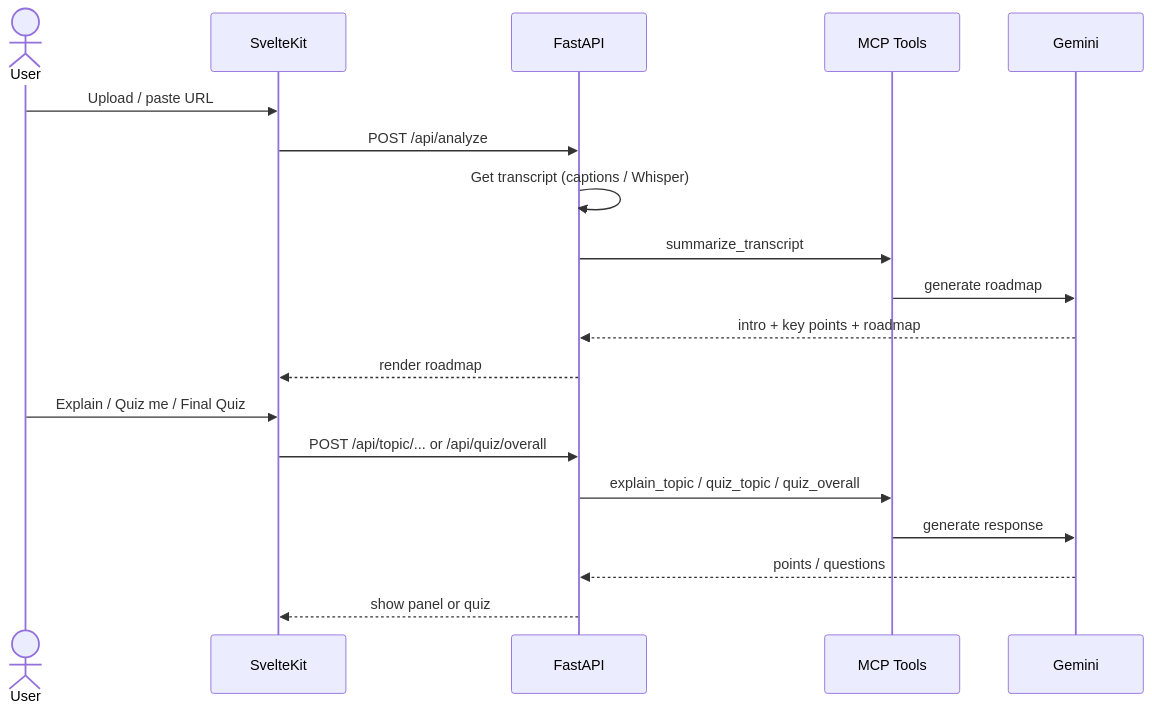
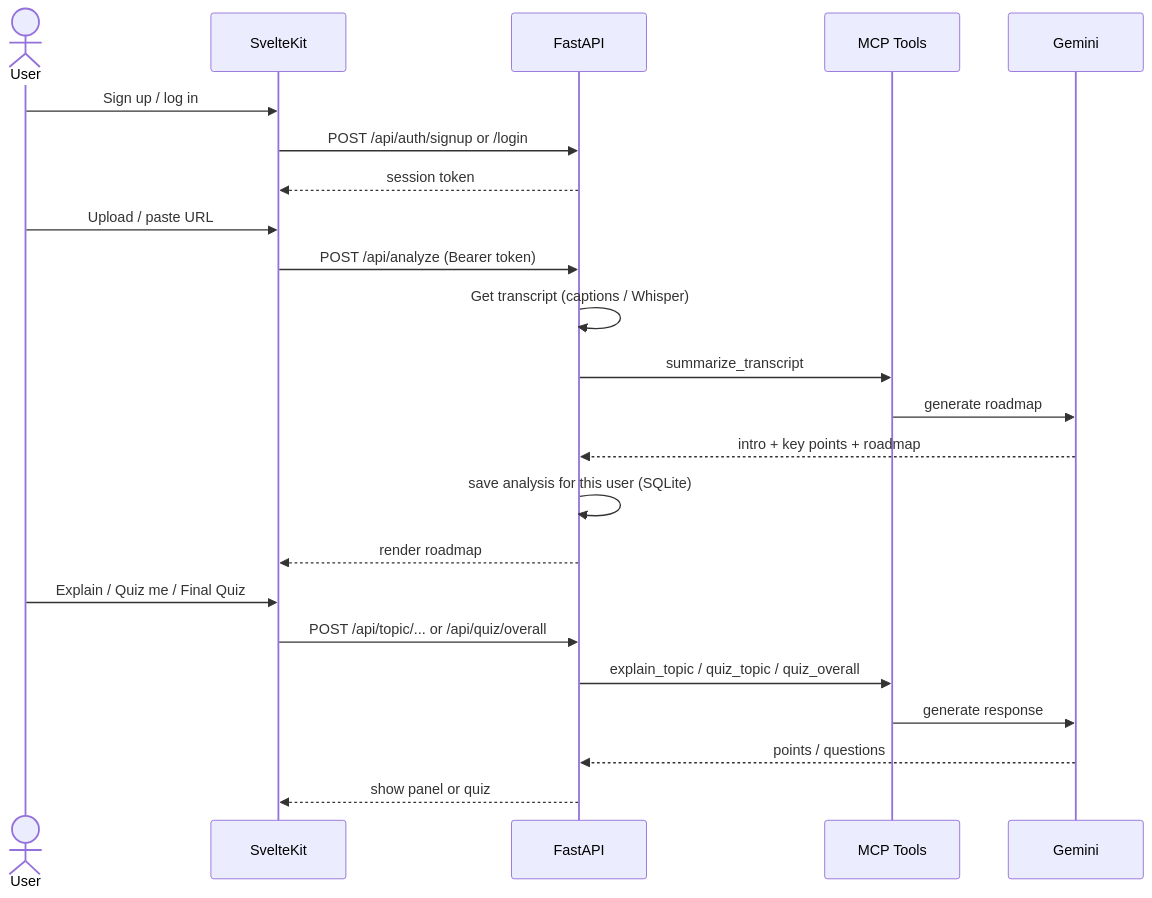
One commit to Keerthi292/AI-Video-Knowledge-Extractor changed the second of 2 diagrams in README.md. Above: the diagram before and after it, drawn with Mermaid. The commit also changed other lines of this file and 17 other files, not shown here.

````diff
--- a/README.md
+++ b/README.md
@@ -57,23 +59,28 @@
 ```mermaid
 sequenceDiagram
     actor User
     participant UI as SvelteKit
     participant API as FastAPI
     participant MCP as MCP Tools
     participant G as Gemini
 
+    User->>UI: Sign up / log in
+    UI->>API: POST /api/auth/signup or /login
+    API-->>UI: session token
+
     User->>UI: Upload / paste URL
-    UI->>API: POST /api/analyze
+    UI->>API: POST /api/analyze (Bearer token)
     API->>API: Get transcript (captions / Whisper)
     API->>MCP: summarize_transcript
     MCP->>G: generate roadmap
     G-->>API: intro + key points + roadmap
+    API->>API: save analysis for this user (SQLite)
     API-->>UI: render roadmap
 
     User->>UI: Explain / Quiz me / Final Quiz
     UI->>API: POST /api/topic/... or /api/quiz/overall
     API->>MCP: explain_topic / quiz_topic / quiz_overall
     MCP->>G: generate response
     G-->>API: points / questions
     API-->>UI: show panel or quiz
 ```
````
